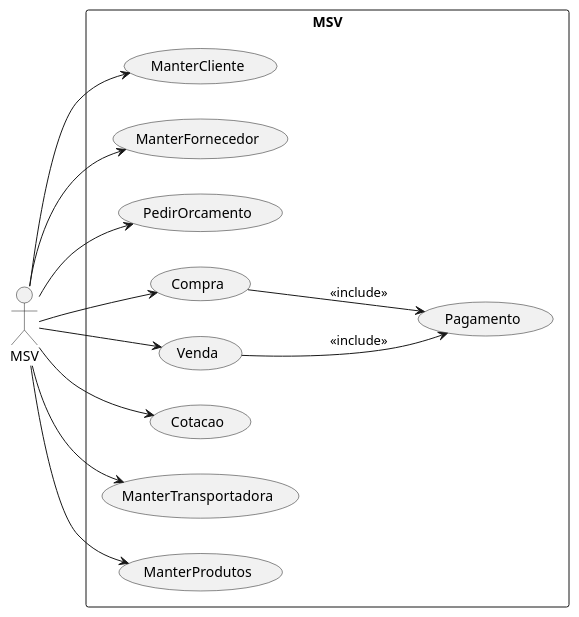
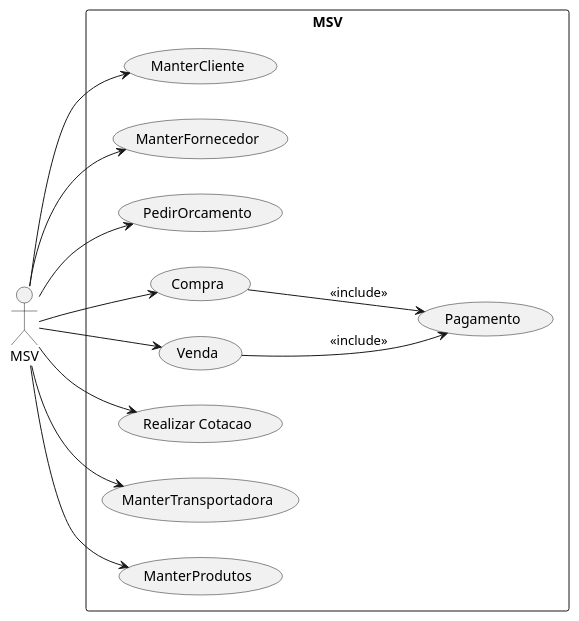
The diagram in Diagramas/CuMVS.plantuml (jmcardoso18/2025.1-PI-2-Semestre), drawn with PlantUML before and after one commit. The commit also changed 2 other files, not shown here.

```diff
--- a/Diagramas/CuMVS.plantuml
+++ b/Diagramas/CuMVS.plantuml
@@ -1,30 +1,30 @@
 @startuml
 
 left to right direction
 actor "MSV" as Msv
 
 rectangle "MSV"{
     usecase "ManterCliente" as UC1
     usecase "ManterFornecedor"as UC2
     usecase "PedirOrcamento" as UC3
     usecase "Compra" as UC6
     usecase "Pagamento" as UC7
     usecase "Venda" as UC8
-    usecase "Cotacao" as UC5
+    usecase "Realizar Cotacao" as UC5
     usecase "ManterTransportadora" as UC9 
     usecase "ManterProdutos" as UC4  
 }
 
 
 Msv --> UC1
 Msv --> UC2
 Msv --> UC3
 Msv --> UC6
 Msv --> UC8
 Msv --> UC5
 Msv --> UC9
 Msv --> UC4
 
 UC8 --> UC7:<<include>>
 UC6 --> UC7:<<include>>
 @enduml
```
